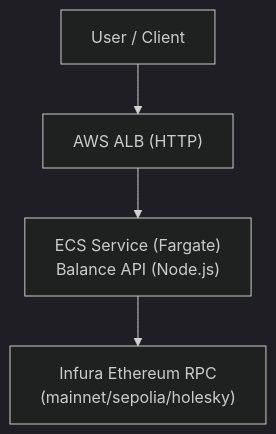
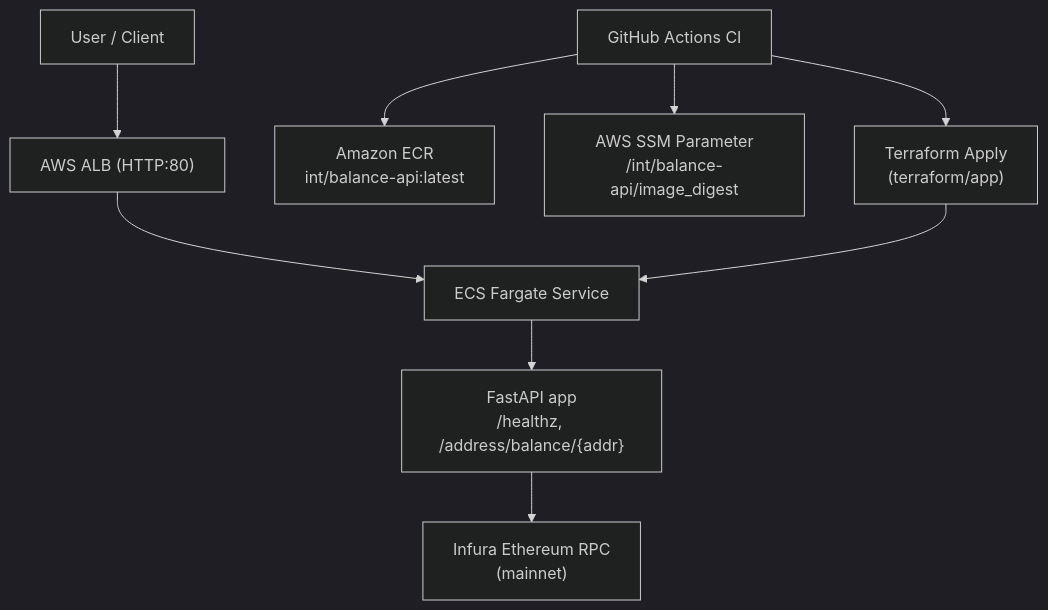
One commit to imbgar/eth-int changed the diagram in README.md. Above: the diagram before and after it, drawn with Mermaid (dark theme). The commit also changed other lines of this file and 3 other files, not shown here.

````diff
--- a/README.md
+++ b/README.md
@@ -66,10 +6,18 @@
 ```mermaid
-%% C4-ish diagram using Mermaid
 flowchart TB
   user["User / Client"]
-  lb["AWS ALB (HTTP)"]
-  svc["ECS Service (Fargate)\nBalance API (Node.js)"]
-  prov["Infura Ethereum RPC\n(mainnet/sepolia/holesky)"]
+  alb["AWS ALB (HTTP:80)"]
+  ecs["ECS Fargate Service"]
+  app["FastAPI app\n/healthz, /address/balance/{addr}"]
+  infura["Infura Ethereum RPC\n(mainnet)"]
+  ci["GitHub Actions CI"]
+  ecr["Amazon ECR\nint/balance-api:latest"]
+  ssm["AWS SSM Parameter\n/int/balance-api/image_digest"]
+  tf["Terraform Apply\n(terraform/app)"]
 
-  user --> lb --> svc --> prov
+  user --> alb --> ecs --> app --> infura
+  ci --> ecr
+  ci --> ssm
+  ci --> tf
+  tf --> ecs
 ```
````
